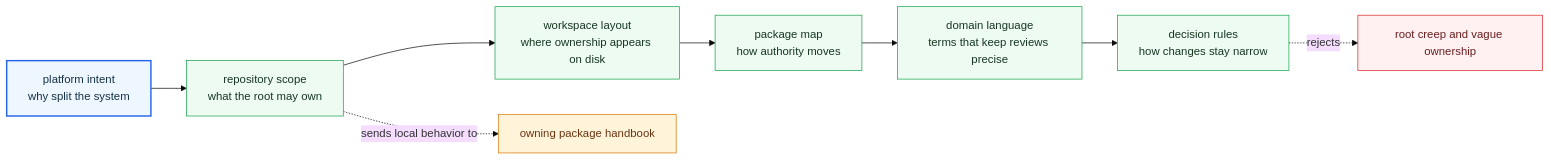
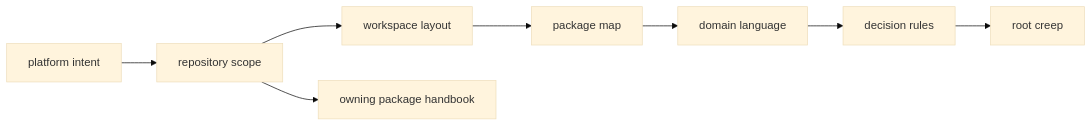
One commit to bijux/bijux-canon changed the diagram in docs/01-bijux-canon/foundation/index.md. Above: the diagram before and after it, drawn with Mermaid (base theme). The commit also changed other lines of this file, not shown here.

Commit message:
docs(foundation): simplify repository boundary map

````diff
--- a/docs/01-bijux-canon/foundation/index.md
+++ b/docs/01-bijux-canon/foundation/index.md
@@ -28,23 +28,15 @@
 ```mermaid
 flowchart LR
-    intent["platform intent<br/>why split the system"]
-    scope["repository scope<br/>what the root may own"]
-    layout["workspace layout<br/>where ownership appears on disk"]
-    packages["package map<br/>how authority moves"]
-    language["domain language<br/>terms that keep reviews precise"]
-    decisions["decision rules<br/>how changes stay narrow"]
+    intent["platform intent"]
+    scope["repository scope"]
+    layout["workspace layout"]
+    packages["package map"]
+    language["domain language"]
+    decisions["decision rules"]
+    package["owning package handbook"]
+    blur["root creep"]
 
     intent --> scope --> layout --> packages --> language --> decisions
-    scope -. sends local behavior to .-> package["owning package handbook"]
-    decisions -. rejects .-> blur["root creep and vague ownership"]
-
-    classDef page fill:#eef6ff,stroke:#2563eb,color:#153145,stroke-width:2px;
-    classDef positive fill:#eefbf3,stroke:#16a34a,color:#173622;
-    classDef caution fill:#fff1f2,stroke:#dc2626,color:#6b1d1d;
-    classDef anchor fill:#f4f0ff,stroke:#7c3aed,color:#47207f;
-    classDef action fill:#fff4da,stroke:#d97706,color:#6b3410;
-    class intent page;
-    class scope,layout,packages,language,decisions positive;
-    class package action;
-    class blur caution;
+    scope --> package
+    decisions --> blur
 ```
````
